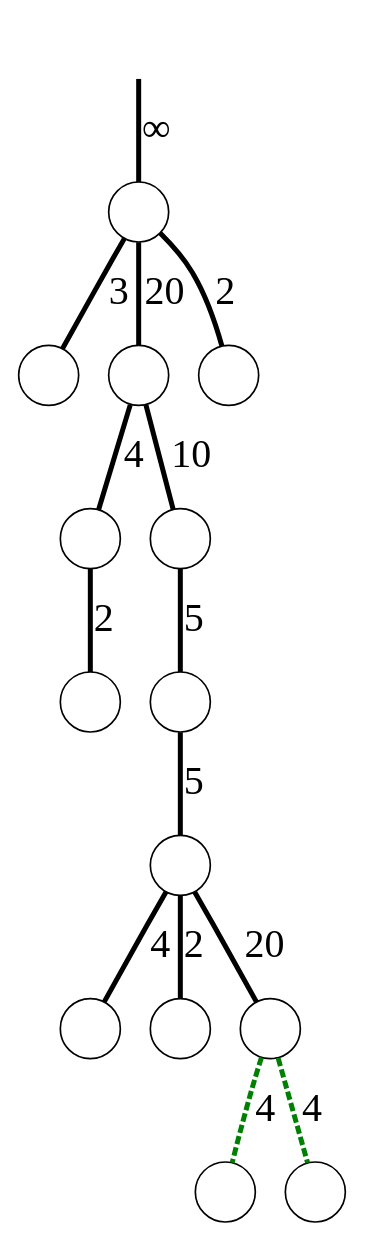
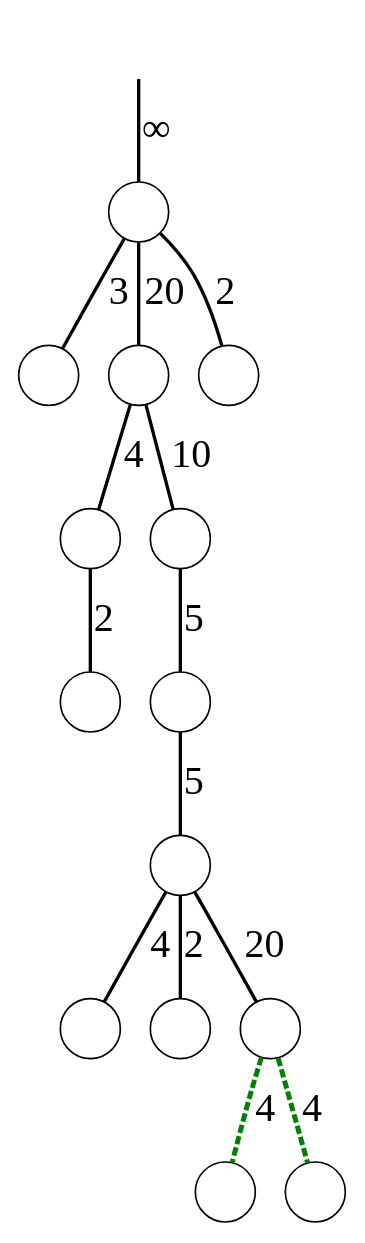
Before and after one commit to sgolodetz/waterfallpaper: the diagram in graphs/example-a.gv, drawn with Graphviz. The commit also changed 15 other files, not shown here.

Commit message:
Fix the edge thicknesses in Figure 10.

```diff
--- a/graphs/example-a.gv
+++ b/graphs/example-a.gv
@@ -1,22 +1,22 @@
 digraph
 {
 	node [shape=circle, label=""];
-	edge [dir=both, arrowtail=none, arrowhead=none, penwidth=3, fontsize=24];
+	edge [dir=both, arrowtail=none, arrowhead=none, penwidth=2, fontsize=24];
 
 	r -> n00 [label="&infin;"];
 	n00 -> n10 [label=3];
 	n00 -> n11 [label=20];
 	n00 -> n12 [label=2];
 	n11 -> n20 [label=4];
 	n11 -> n21 [label=10];
 	n20 -> n30 [label=2];
 	n21 -> n31 [label=5];
 	n31 -> n40 [label=5];
 	n40 -> n50 [label=4];
 	n40 -> n51 [label=2];
 	n40 -> n52 [label=20];
-	n52 -> n60 [label=4, color=green, style=dashed];
-	n52 -> n61 [label=4, color=green, style=dashed];
+	n52 -> n60 [label=4, color=green, style=dashed, penwidth=3];
+	n52 -> n61 [label=4, color=green, style=dashed, penwidth=3];
 
 	r [style=invisible];
 }
```
